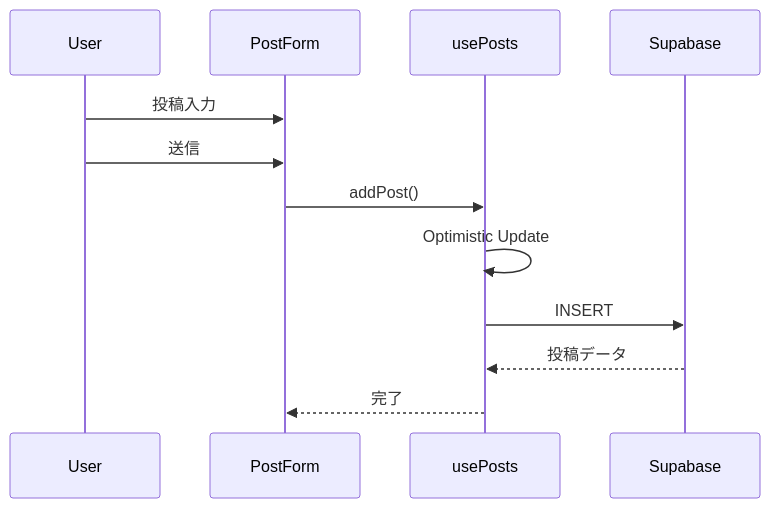
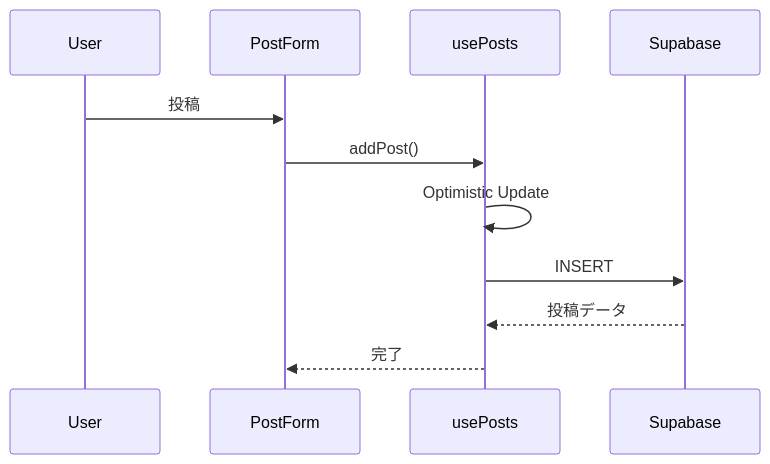
The first of 5 diagrams in DESIGN.md (you12eve/NightCrySupport), drawn with Mermaid before and after one commit. The commit also changed other lines of this file and 19 other files, not shown here.

````diff
--- a/DESIGN.md
+++ b/DESIGN.md
@@ -612,21 +985,20 @@
 ```mermaid
 sequenceDiagram
 
 participant User
 participant PostForm
 participant usePosts
 participant Supabase
 
-User->>PostForm: 投稿入力
-User->>PostForm: 送信
+User->>PostForm: 投稿
 
 PostForm->>usePosts: addPost()
 
 usePosts->>usePosts: Optimistic Update
 
 usePosts->>Supabase: INSERT
 
 Supabase-->>usePosts: 投稿データ
 
 usePosts-->>PostForm: 完了
 ```
````
